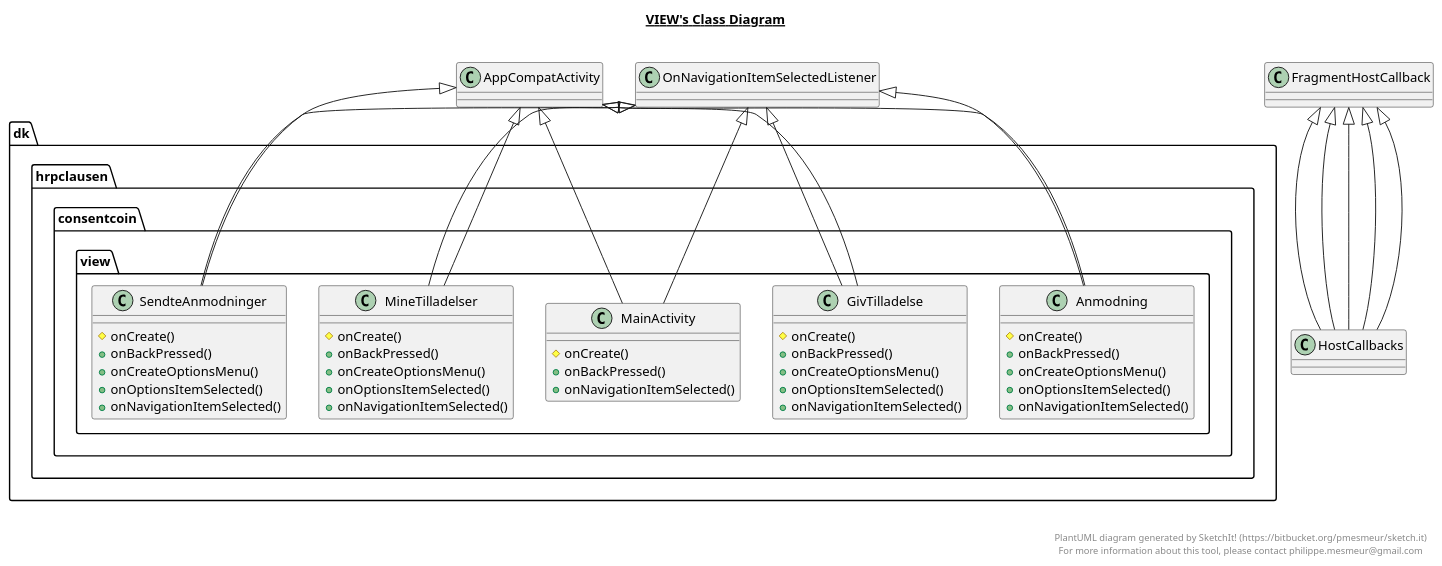
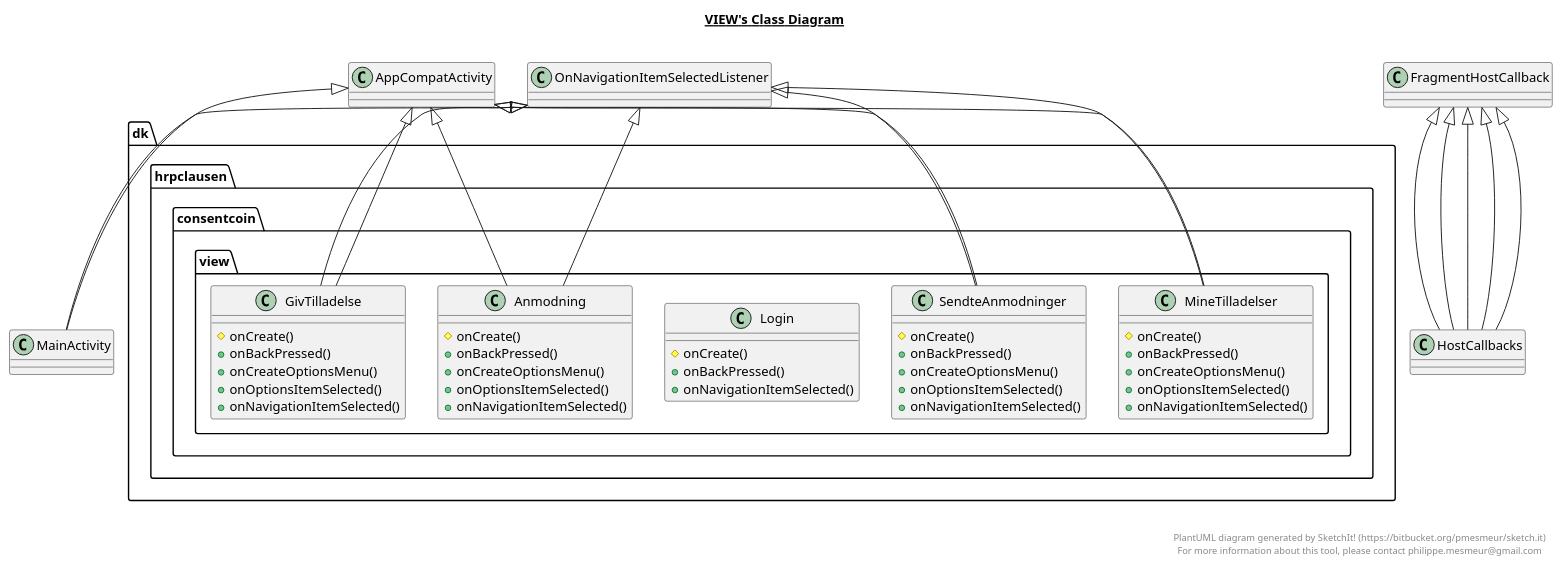
The diagram in app/src/main/java/dk/hrpclausen/consentcoin/view/view.plantuml (pete8550/ConsentCoin), drawn with PlantUML before and after one commit.

Commit message:
Klassediagramer

```diff
--- a/app/src/main/java/dk/hrpclausen/consentcoin/view/view.plantuml
+++ b/app/src/main/java/dk/hrpclausen/consentcoin/view/view.plantuml
@@ -1,92 +1,92 @@
 @startuml
 
 title __VIEW's Class Diagram__\n
 
   package dk.hrpclausen.consentcoin {
     package dk.hrpclausen.consentcoin.view {
       class Anmodning {
           # onCreate()
           + onBackPressed()
           + onCreateOptionsMenu()
           + onOptionsItemSelected()
           + onNavigationItemSelected()
       }
     }
   }
   
 
   package dk.hrpclausen.consentcoin {
     package dk.hrpclausen.consentcoin.view {
       class GivTilladelse {
           # onCreate()
           + onBackPressed()
           + onCreateOptionsMenu()
           + onOptionsItemSelected()
           + onNavigationItemSelected()
       }
     }
   }
   
 
   package dk.hrpclausen.consentcoin {
     package dk.hrpclausen.consentcoin.view {
-      class MainActivity {
+      class Login {
           # onCreate()
           + onBackPressed()
           + onNavigationItemSelected()
       }
     }
   }
   
 
   package dk.hrpclausen.consentcoin {
     package dk.hrpclausen.consentcoin.view {
       class MineTilladelser {
           # onCreate()
           + onBackPressed()
           + onCreateOptionsMenu()
           + onOptionsItemSelected()
           + onNavigationItemSelected()
       }
     }
   }
   
 
   package dk.hrpclausen.consentcoin {
     package dk.hrpclausen.consentcoin.view {
       class SendteAnmodninger {
           # onCreate()
           + onBackPressed()
           + onCreateOptionsMenu()
           + onOptionsItemSelected()
           + onNavigationItemSelected()
       }
     }
   }
   
 
   Anmodning -up-|> OnNavigationItemSelectedListener
   Anmodning -up-|> AppCompatActivity
   HostCallbacks -up-|> FragmentHostCallback
   GivTilladelse -up-|> OnNavigationItemSelectedListener
   GivTilladelse -up-|> AppCompatActivity
   HostCallbacks -up-|> FragmentHostCallback
   MainActivity -up-|> OnNavigationItemSelectedListener
   MainActivity -up-|> AppCompatActivity
   HostCallbacks -up-|> FragmentHostCallback
   MineTilladelser -up-|> OnNavigationItemSelectedListener
   MineTilladelser -up-|> AppCompatActivity
   HostCallbacks -up-|> FragmentHostCallback
   SendteAnmodninger -up-|> OnNavigationItemSelectedListener
   SendteAnmodninger -up-|> AppCompatActivity
   HostCallbacks -up-|> FragmentHostCallback
 
 
 right footer
 
 
 PlantUML diagram generated by SketchIt! (https://bitbucket.org/pmesmeur/sketch.it)
 For more information about this tool, please contact philippe.mesmeur@gmail.com
 endfooter
 
 @enduml
```
